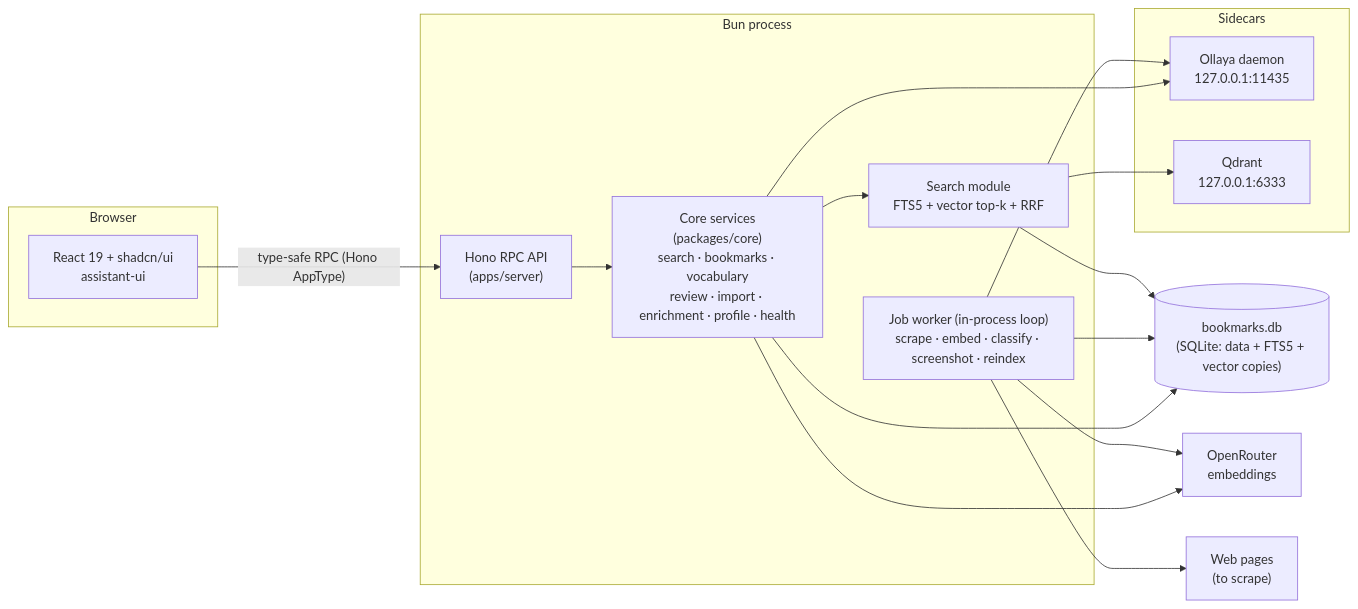
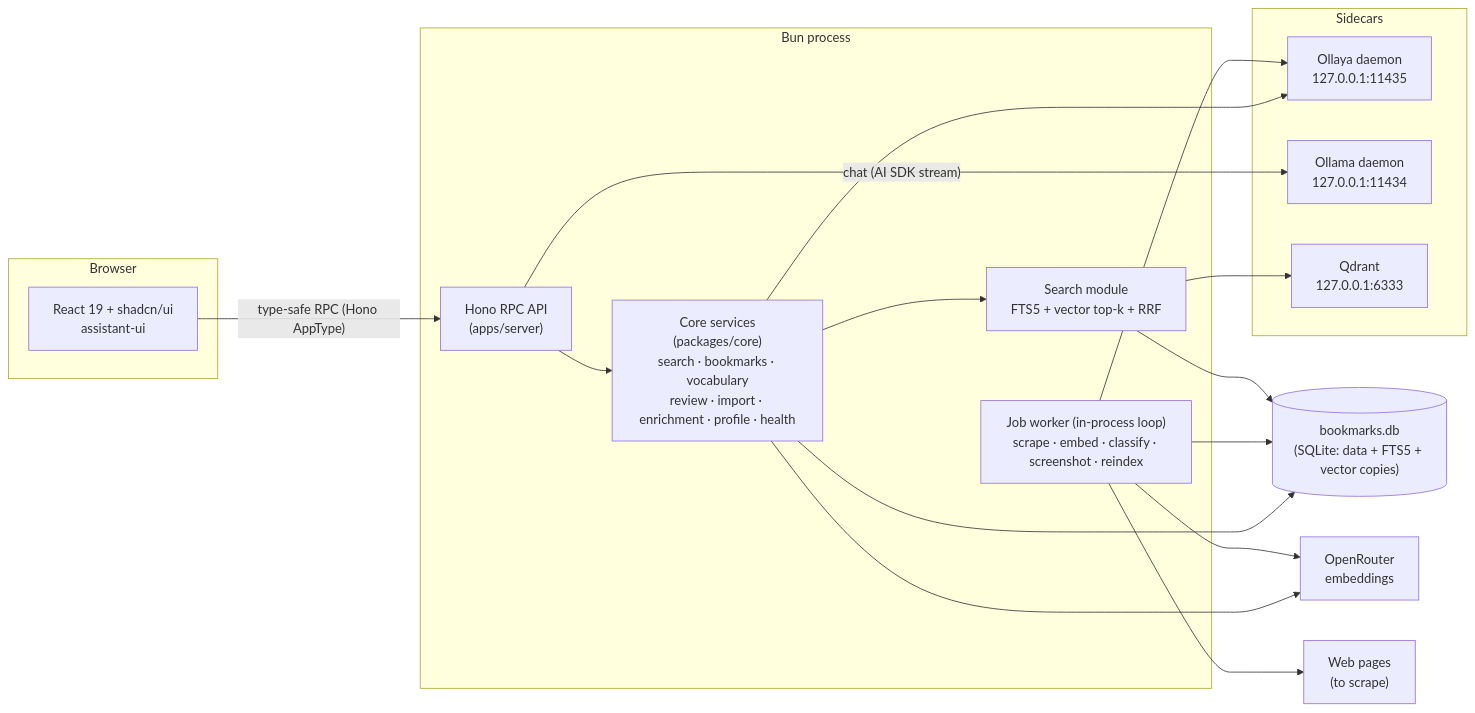
One commit to leonistor/al-yo-bo changed the first of 2 diagrams in docs/ARCHITECTURE.md. Above: the diagram before and after it, drawn with Mermaid. The commit also changed other lines of this file, not shown here.

First line of the commit message:
docs: reconcile chat architecture with the implementation

````diff
--- a/docs/ARCHITECTURE.md
+++ b/docs/ARCHITECTURE.md
@@ -66,36 +76,38 @@
 ```mermaid
 flowchart LR
   subgraph browser [Browser]
     Web["React 19 + shadcn/ui\nassistant-ui"]
   end
 
   subgraph bun [Bun process]
     API["Hono RPC API\n(apps/server)"]
     Core["Core services\n(packages/core)\nsearch · bookmarks · vocabulary\nreview · import · enrichment · profile · health"]
     Worker["Job worker (in-process loop)\nscrape · embed · classify · screenshot · reindex"]
     Search["Search module\nFTS5 + vector top-k + RRF"]
   end
 
   DB[("bookmarks.db\n(SQLite: data + FTS5 + vector copies)")]
 
   subgraph sidecars [Sidecars]
     Ollaya["Ollaya daemon\n127.0.0.1:11435"]
+    Ollama["Ollama daemon\n127.0.0.1:11434"]
     Qdrant["Qdrant\n127.0.0.1:6333"]
   end
 
   OR["OpenRouter\nembeddings"]
   Sites["Web pages\n(to scrape)"]
 
   Web -- "type-safe RPC (Hono AppType)" --> API
+  API -- "chat (AI SDK stream)" --> Ollama
   API --> Core
   Core --> Search
   Core --> DB
   Core --> OR
   Core --> Ollaya
   Worker --> DB
   Worker --> Ollaya
   Worker --> OR
   Worker --> Sites
   Search --> DB
   Search --> Qdrant
 ```
````
